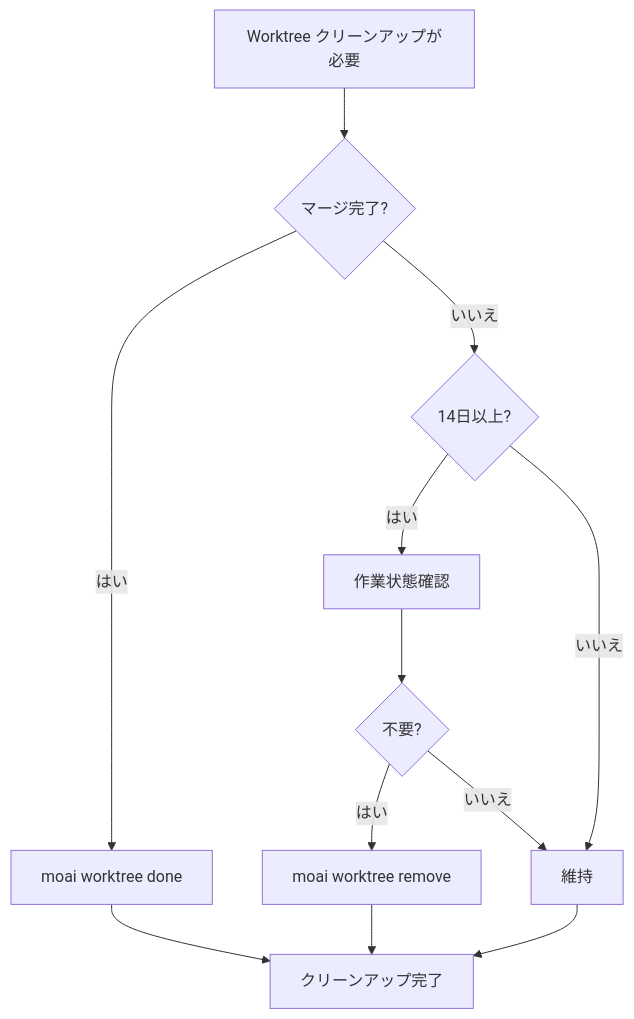
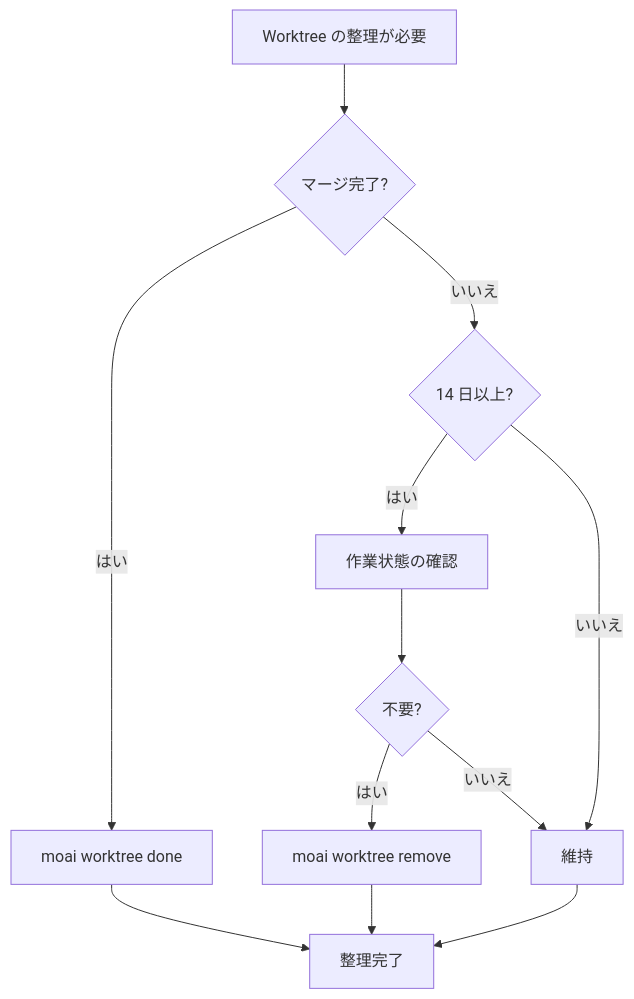
One commit to modu-ai/moai-adk changed the seventh of 9 diagrams in docs-site/content/ja/worktree/faq.md. Above: the diagram before and after it, drawn with Mermaid. The commit also changed other lines of this file and 395 other files, not shown here.

````diff
--- a/docs-site/content/ja/worktree/faq.md
+++ b/docs-site/content/ja/worktree/faq.md
@@ -344,14 +345,14 @@
 ```mermaid
 graph TD
-    A[Worktree クリーンアップが必要] --> B{マージ完了?}
+    A[Worktree の整理が必要] --> B{マージ完了?}
     B -->|はい| C[moai worktree done]
-    B -->|いいえ| D{14日以上?}
-    D -->|はい| E[作業状態確認]
+    B -->|いいえ| D{14 日以上?}
+    D -->|はい| E[作業状態の確認]
     D -->|いいえ| F[維持]
     E --> G{不要?}
     G -->|はい| H[moai worktree remove]
     G -->|いいえ| F
-    C --> I[クリーンアップ完了]
+    C --> I[整理完了]
     H --> I
     F --> I
 ```
````
